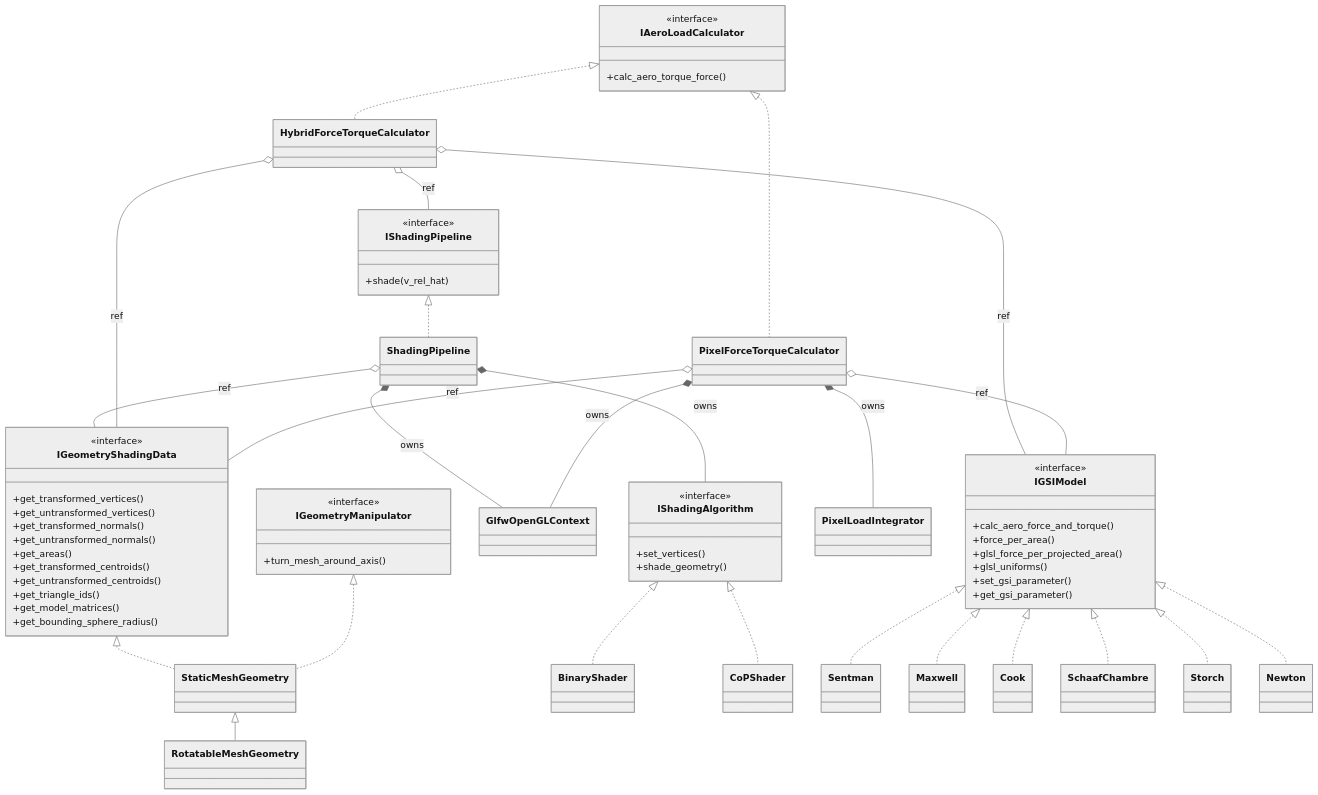
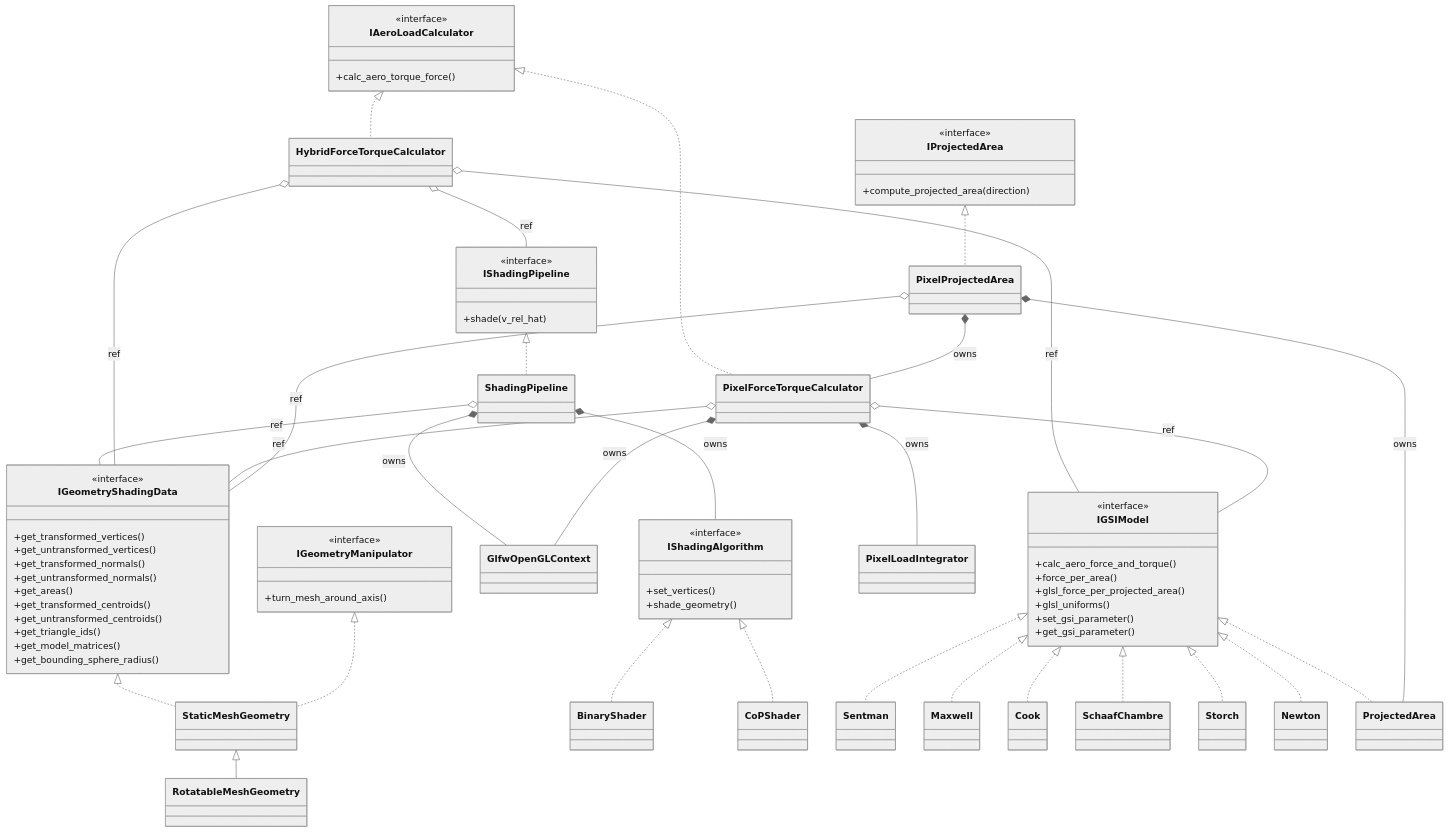
The diagram in docs/architecture.md (ifrunistuttgart/vleo-aerodynamics-tool), drawn with Mermaid (neutral theme) before and after one commit. The commit also changed other lines of this file and 21 other files, not shown here.

Commit message:
refactor projected area calculation in dedicated class

````diff
--- a/docs/architecture.md
+++ b/docs/architecture.md
@@ -69,6 +69,13 @@
     class SchaafChambre
     class Storch
     class Newton
+    class ProjectedArea
+
+    class IProjectedArea {
+        <<interface>>
+        +compute_projected_area(direction)
+    }
+    class PixelProjectedArea
 
     IGeometryShadingData <|.. StaticMeshGeometry
     IGeometryManipulator <|.. StaticMeshGeometry
@@ -87,6 +94,9 @@
     IGSIModel <|.. SchaafChambre
     IGSIModel <|.. Storch
     IGSIModel <|.. Newton
+    IGSIModel <|.. ProjectedArea
+
+    IProjectedArea <|.. PixelProjectedArea
 
     ShadingPipeline *-- GlfwOpenGLContext : owns
     ShadingPipeline *-- IShadingAlgorithm : owns
@@ -100,4 +110,8 @@
     PixelForceTorqueCalculator *-- PixelLoadIntegrator : owns
     PixelForceTorqueCalculator o-- IGeometryShadingData : ref
     PixelForceTorqueCalculator o-- IGSIModel : ref
+
+    PixelProjectedArea *-- PixelForceTorqueCalculator : owns
+    PixelProjectedArea *-- ProjectedArea : owns
+    PixelProjectedArea o-- IGeometryShadingData : ref
 ```
````
